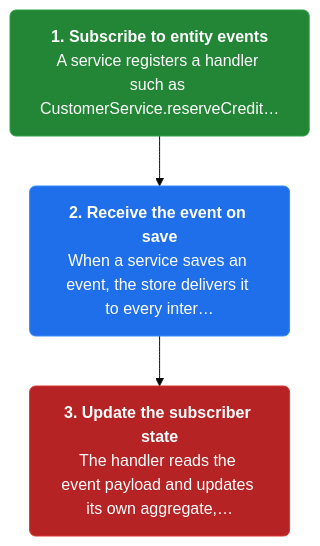
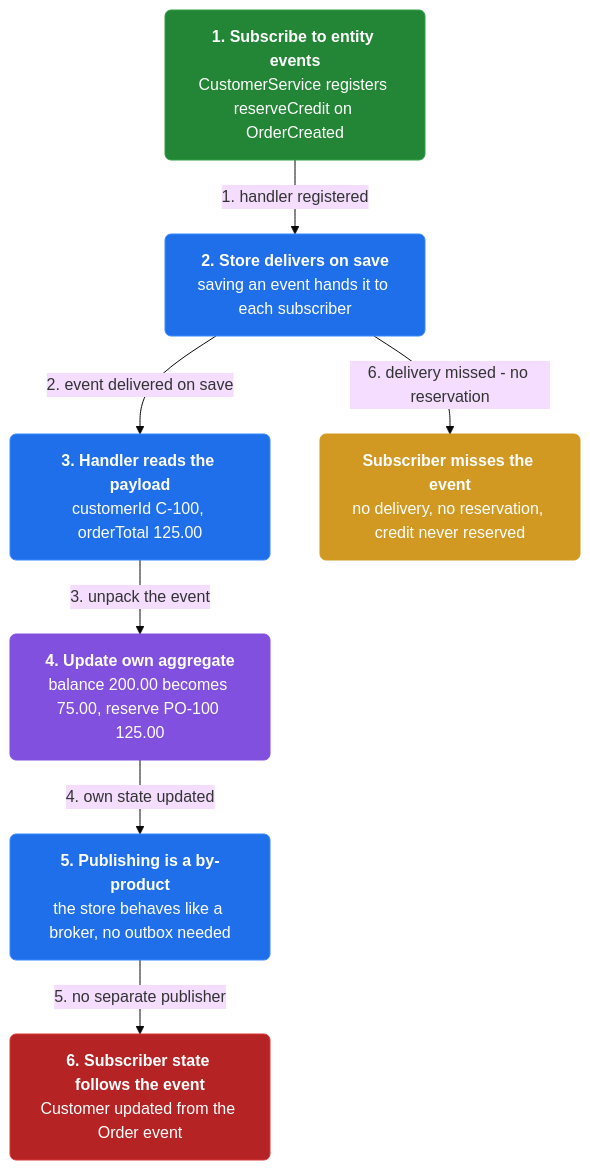
The fourth of 4 diagrams in docs/ch19-event-sourcing.md (vinayakuber/microservices-io-study-guide), drawn with Mermaid (base theme) before and after one commit. The commit also changed other lines of this file and 46 other files, not shown here.

First line of the commit message:
Author rich branching flow diagrams for all 44 chapters

````diff
--- a/docs/ch19-event-sourcing.md
+++ b/docs/ch19-event-sourcing.md
@@ -129,11 +159,21 @@
 ```mermaid
 flowchart TD
-  classDef step fill:#1f6feb,color:#ffffff,stroke:#388bfd,stroke-width:1px,rx:6
+  classDef step fill:#1f6feb,color:#ffffff,stroke:#388bfd,rx:6
+  classDef core fill:#8250df,color:#ffffff,stroke:#8250df,rx:6
+  classDef warn fill:#d29922,color:#ffffff,stroke:#d29922,rx:6
   classDef start fill:#238636,color:#ffffff,stroke:#2ea043,rx:6
   classDef stop fill:#b62324,color:#ffffff,stroke:#da3633,rx:6
-  s3n0["<b>1. Subscribe to entity events</b><br/>A service registers a handler such as CustomerService.reserveCredit…"]:::start
-  s3n1["<b>2. Receive the event on save</b><br/>When a service saves an event, the store delivers it to every inter…"]:::step
-  s3n2["<b>3. Update the subscriber state</b><br/>The handler reads the event payload and updates its own aggregate,…"]:::stop
-  s3n0 --> s3n1
-  s3n1 --> s3n2
+  n0["<b>1. Subscribe to entity events</b><br/>CustomerService registers reserveCredit on OrderCreated"]:::start
+  n1["<b>2. Store delivers on save</b><br/>saving an event hands it to each subscriber"]:::step
+  n2["<b>3. Handler reads the payload</b><br/>customerId C-100, orderTotal 125.00"]:::step
+  n3["<b>4. Update own aggregate</b><br/>balance 200.00 becomes 75.00, reserve PO-100 125.00"]:::core
+  n4["<b>5. Publishing is a by-product</b><br/>the store behaves like a broker, no outbox needed"]:::step
+  n5["<b>6. Subscriber state follows the event</b><br/>Customer updated from the Order event"]:::stop
+  n6["<b>Subscriber misses the event</b><br/>no delivery, no reservation, credit never reserved"]:::warn
+  n0 -->|"1. handler registered"| n1
+  n1 -->|"2. event delivered on save"| n2
+  n2 -->|"3. unpack the event"| n3
+  n3 -->|"4. own state updated"| n4
+  n4 -->|"5. no separate publisher"| n5
+  n1 -->|"6. delivery missed - no reservation"| n6
 ```
````
